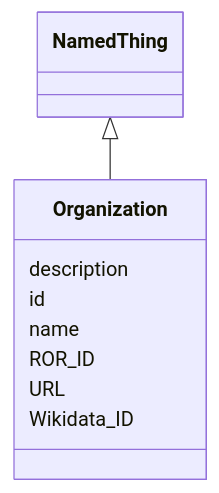
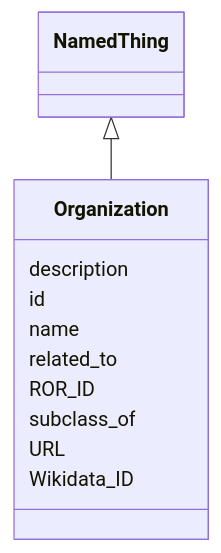
One commit to bridge2ai/standards-schemas changed the diagram in docs/Organization.md. Above: the diagram before and after it, drawn with Mermaid. The commit also changed other lines of this file and 57 other files, not shown here.

````diff
--- a/docs/Organization.md
+++ b/docs/Organization.md
@@ -10,13 +11,15 @@
 ```mermaid
  classDiagram
     class Organization
       NamedThing <|-- Organization
       
       Organization : description
       Organization : id
       Organization : name
+      Organization : related_to
       Organization : ROR_ID
+      Organization : subclass_of
       Organization : URL
       Organization : Wikidata_ID
       
 ```
````
